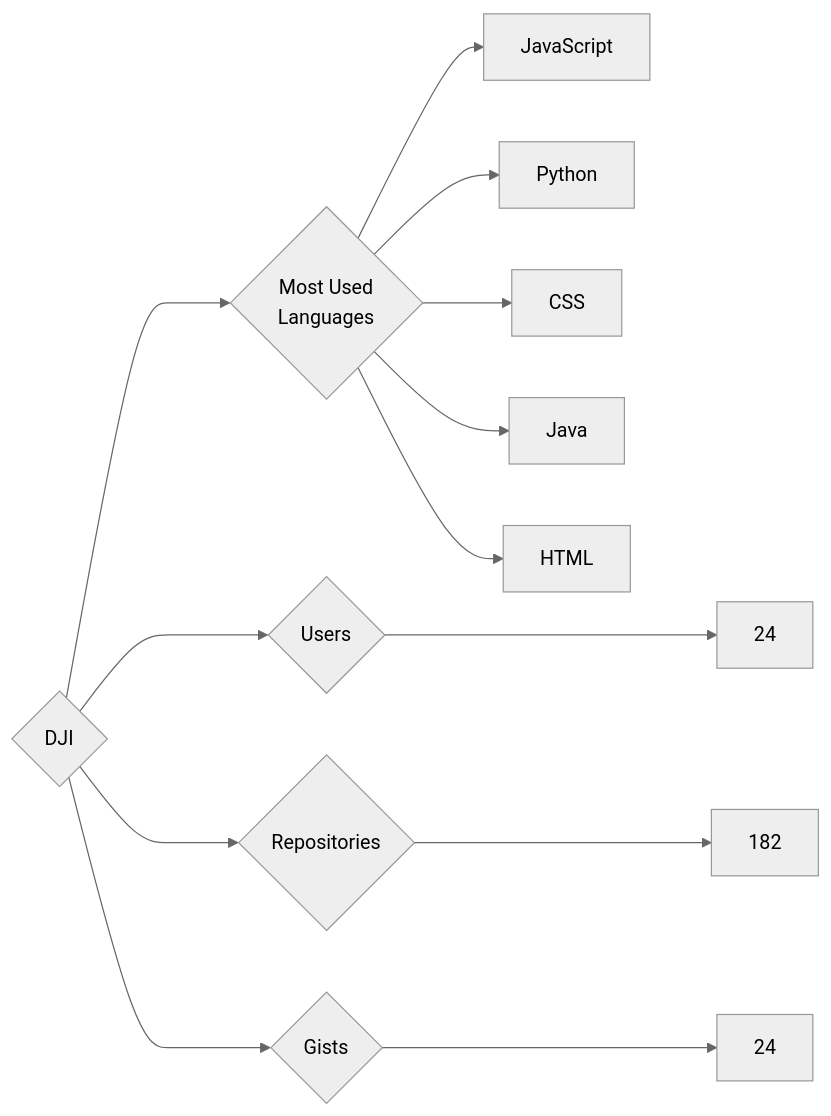
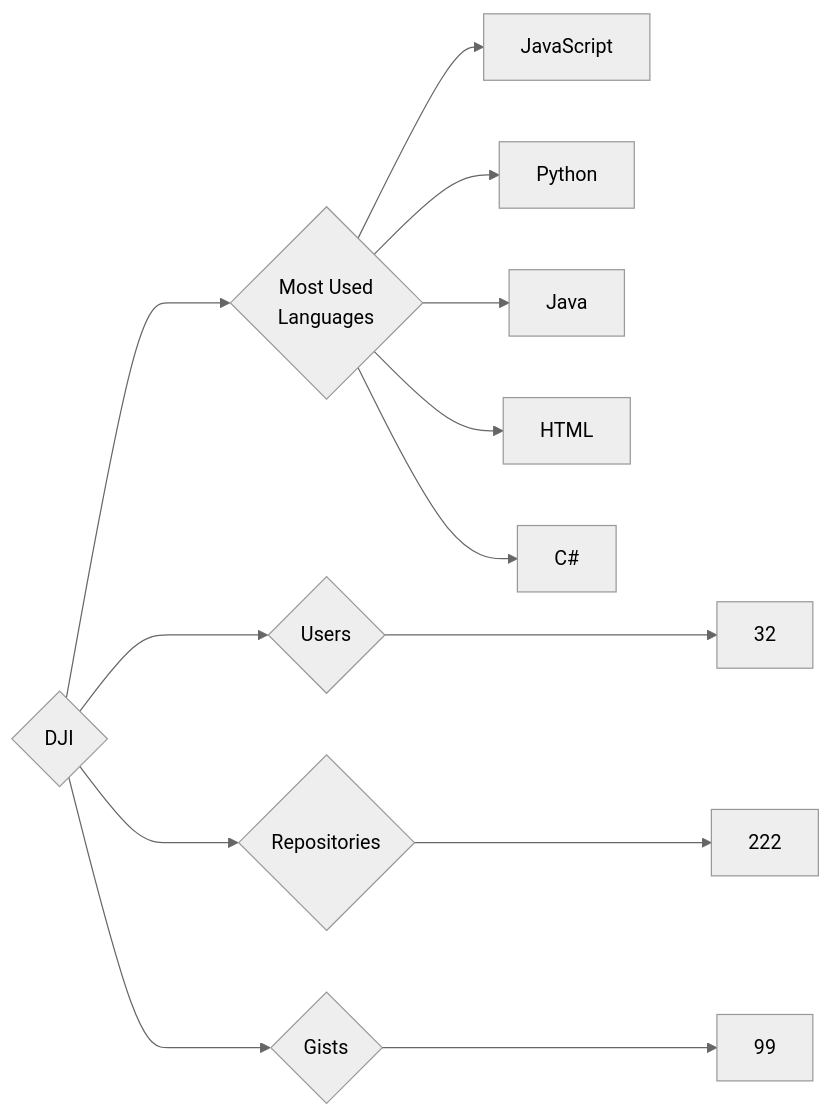
One commit to trickest/insiders changed the diagram in targets/DJI/README.md. Above: the diagram before and after it, drawn with Mermaid (neutral theme). The commit also changed 752 other files, not shown here.

````diff
--- a/targets/DJI/README.md
+++ b/targets/DJI/README.md
@@ -3,13 +3,13 @@
 ```mermaid
 graph LR
 COMPANY_NAME{DJI}
-COMPANY_NAME ---> U{Users} ---> UN[24]
-COMPANY_NAME ---> R{Repositories} ---> RN[182]
-COMPANY_NAME ---> G{Gists} ---> GN[24]
+COMPANY_NAME ---> U{Users} ---> UN[32]
+COMPANY_NAME ---> R{Repositories} ---> RN[222]
+COMPANY_NAME ---> G{Gists} ---> GN[99]
 COMPANY_NAME ---> ML{Most Used<br>Languages}
 ML --> JavaScript[JavaScript]
 ML --> Python[Python]
-ML --> CSS[CSS]
 ML --> Java[Java]
 ML --> HTML[HTML]
+ML --> C#[C#]
 ```
````
